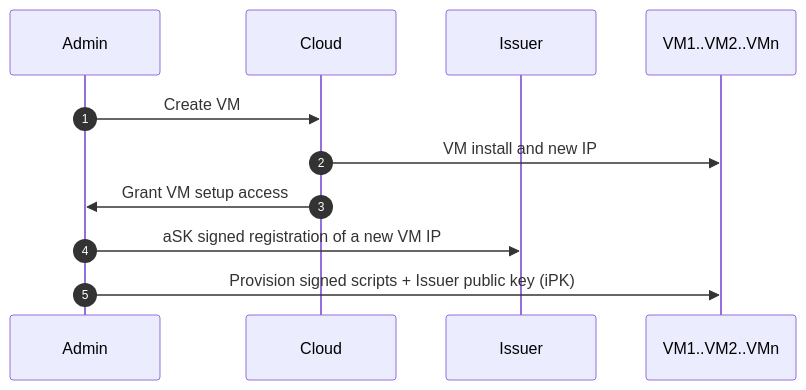
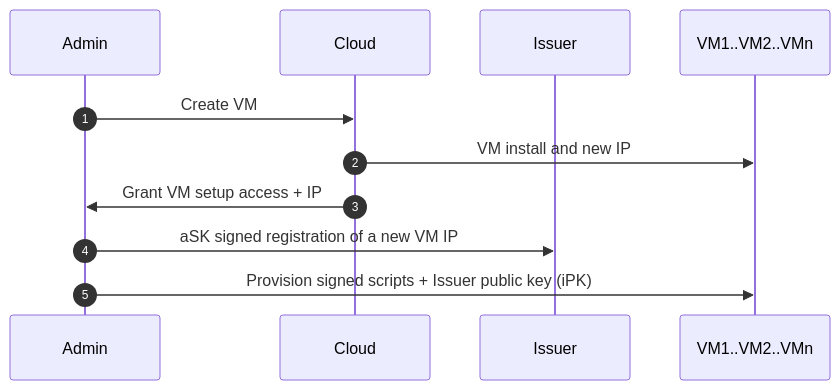
Before and after one commit to dyne/zenswarm-devops: the second of 5 diagrams in docs/Setup.md, drawn with Mermaid. The commit also changed 2 other files, not shown here.

Commit message:
complete golden image with pm2 service unit

````diff
--- a/docs/Setup.md
+++ b/docs/Setup.md
@@ -38,14 +38,14 @@
 ```mermaid
 sequenceDiagram
 autonumber
   participant A as Admin
   participant C as Cloud
   participant I as Issuer
   participant V as VM1..VM2..VMn
 
   A->>C: Create VM
   C->>V: VM install and new IP
-  C->>A: Grant VM setup access
+  C->>A: Grant VM setup access + IP
   A->>I: aSK signed registration of a new VM IP
   A->>V: Provision signed scripts + Issuer public key (iPK)
 ```
````
